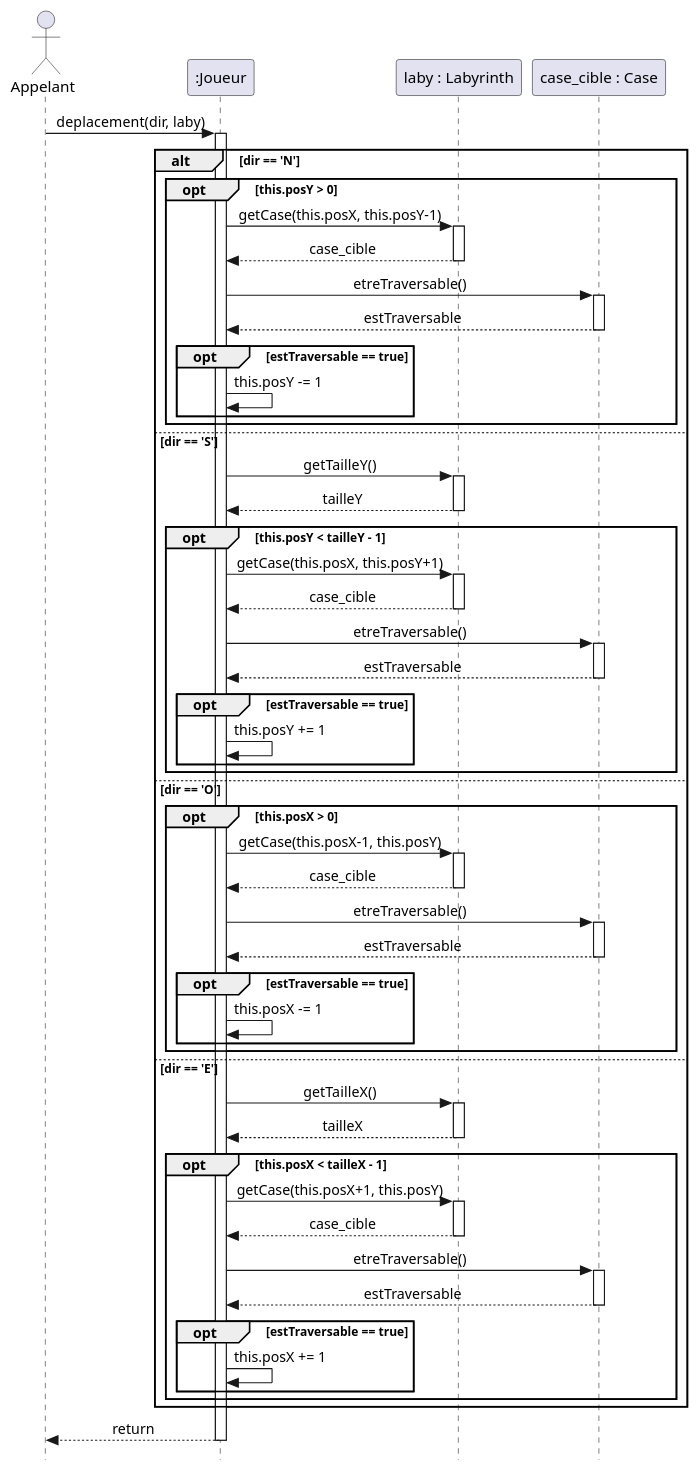
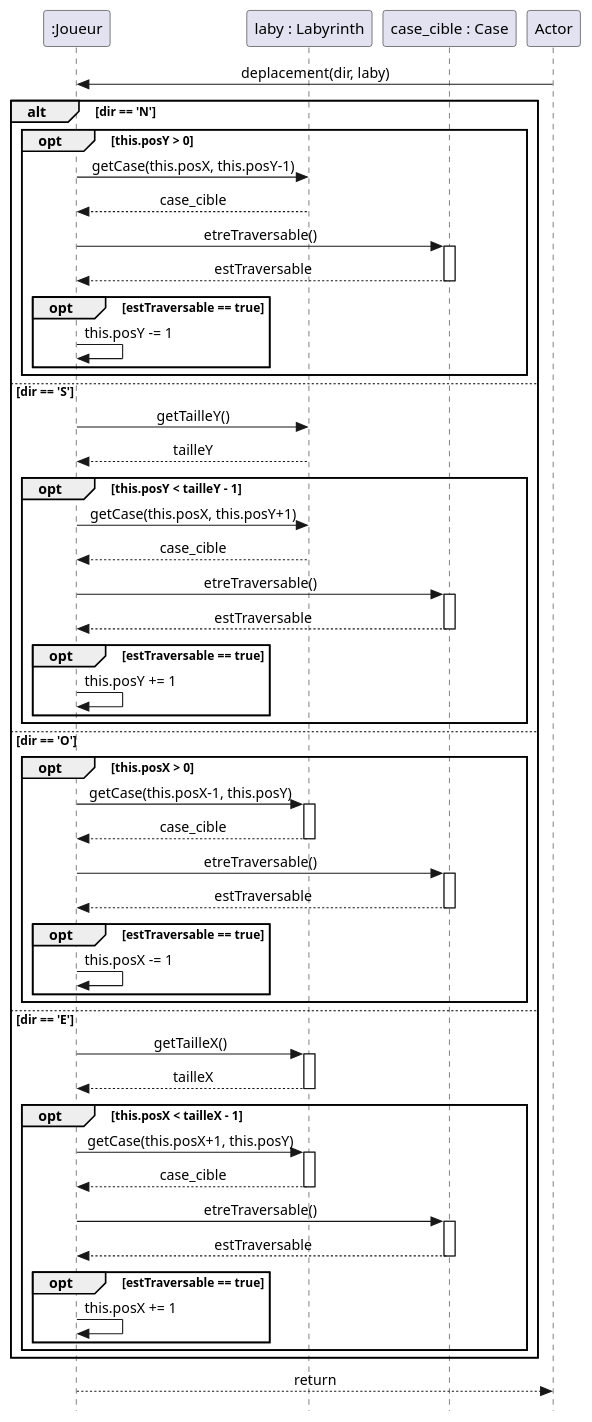
One commit to Zayd54500/2026_COO_Zeldiablo_ZB_VJ_HD_MM changed the diagram in projet_zeldiablo/documents/version_2/DiagrammeSequenceMurEtreTraversable.puml. Above: the diagram before and after it, drawn with PlantUML. The commit also changed 1 other file, not shown here.

```diff
--- a/projet_zeldiablo/documents/version_2/DiagrammeSequenceMurEtreTraversable.puml
+++ b/projet_zeldiablo/documents/version_2/DiagrammeSequenceMurEtreTraversable.puml
@@ -1,95 +1,87 @@
 @startuml
 skinparam style strictuml
 skinparam SequenceMessageAlign center
 
-actor "Appelant" as Actor
 participant ":Joueur" as J
 participant "laby : Labyrinth" as L
 participant "case_cible : Case" as C
 
 Actor -> J : deplacement(dir, laby)
-activate J
 
 alt dir == 'N'
     opt this.posY > 0
         J -> L : getCase(this.posX, this.posY-1)
-        activate L
         L --> J : case_cible
-        deactivate L
         
         J -> C : etreTraversable()
         activate C
         C --> J : estTraversable
         deactivate C
         
         opt estTraversable == true
             J -> J : this.posY -= 1
         end
     end
 
 else dir == 'S'
     J -> L : getTailleY()
-    activate L
     L --> J : tailleY
-    deactivate L
 
     opt this.posY < tailleY - 1
         J -> L : getCase(this.posX, this.posY+1)
-        activate L
         L --> J : case_cible
-        deactivate L
         
         J -> C : etreTraversable()
         activate C
         C --> J : estTraversable
         deactivate C
         
         opt estTraversable == true
             J -> J : this.posY += 1
         end
     end
 
 else dir == 'O'
     opt this.posX > 0
         J -> L : getCase(this.posX-1, this.posY)
         activate L
         L --> J : case_cible
         deactivate L
         
         J -> C : etreTraversable()
         activate C
         C --> J : estTraversable
         deactivate C
         
         opt estTraversable == true
             J -> J : this.posX -= 1
         end
     end
 
 else dir == 'E'
     J -> L : getTailleX()
     activate L
     L --> J : tailleX
     deactivate L
 
     opt this.posX < tailleX - 1
         J -> L : getCase(this.posX+1, this.posY)
         activate L
         L --> J : case_cible
         deactivate L
         
         J -> C : etreTraversable()
         activate C
         C --> J : estTraversable
         deactivate C
         
         opt estTraversable == true
             J -> J : this.posX += 1
         end
     end
 end
 
 J --> Actor : return
 deactivate J
 
 @enduml
```
